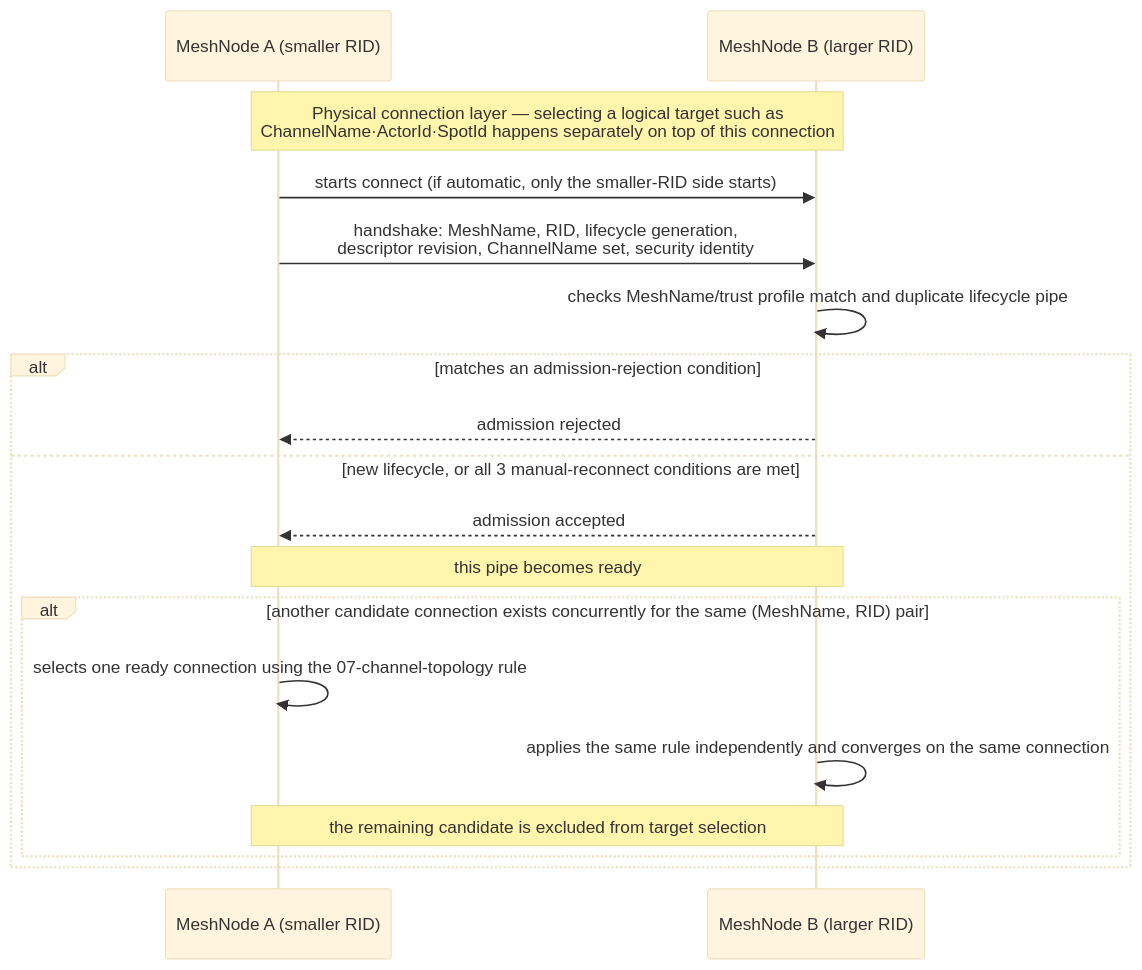
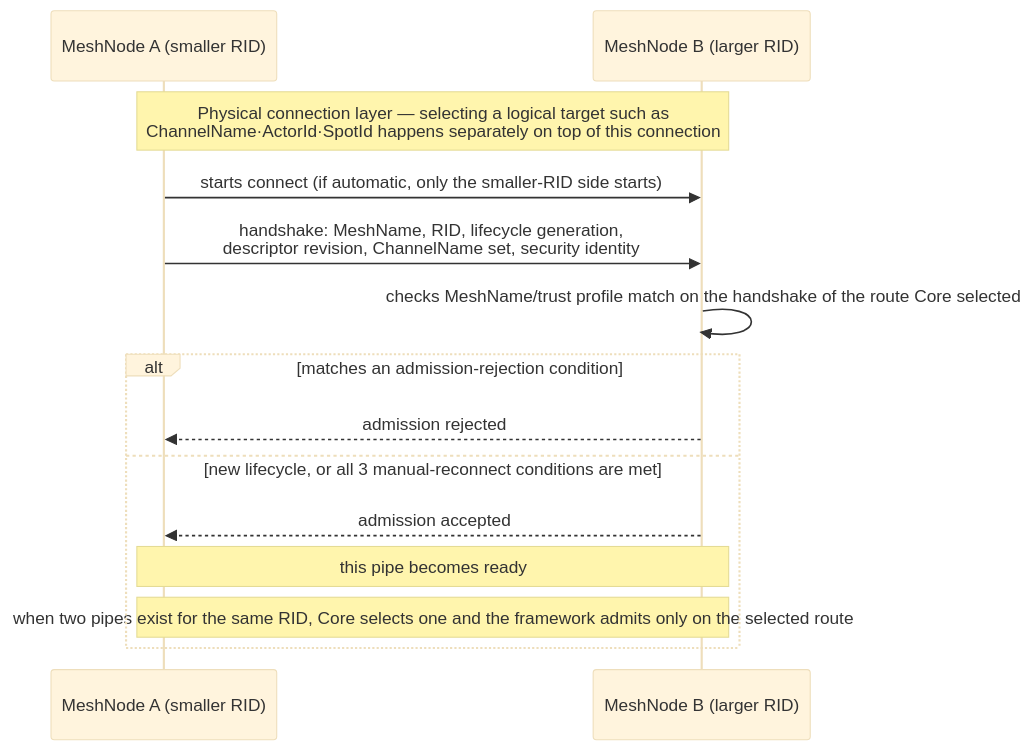
The diagram in framework/doc/framework/common/spec/server/03-spot-actor/03-mesh-node.en.md (zlink-systems/zlink), drawn with Mermaid (base theme) before and after one commit. The commit also changed other lines of this file and 27 other files, not shown here.

````diff
--- a/framework/doc/framework/common/spec/server/03-spot-actor/03-mesh-node.en.md
+++ b/framework/doc/framework/common/spec/server/03-spot-actor/03-mesh-node.en.md
@@ -385,21 +385,17 @@
 ```mermaid
 sequenceDiagram
     participant A as MeshNode A (smaller RID)
     participant B as MeshNode B (larger RID)
 
     Note over A,B: Physical connection layer — selecting a logical target such as<br/>ChannelName·ActorId·SpotId happens separately on top of this connection
     A->>B: starts connect (if automatic, only the smaller-RID side starts)
     A->>B: handshake: MeshName, RID, lifecycle generation,<br/>descriptor revision, ChannelName set, security identity
-    B->>B: checks MeshName/trust profile match and duplicate lifecycle pipe
+    B->>B: checks MeshName/trust profile match on the handshake of the route Core selected
     alt matches an admission-rejection condition
         B-->>A: admission rejected
     else new lifecycle, or all 3 manual-reconnect conditions are met
         B-->>A: admission accepted
         Note over A,B: this pipe becomes ready
-        alt another candidate connection exists concurrently for the same (MeshName, RID) pair
-            A->>A: selects one ready connection using the 07-channel-topology rule
-            B->>B: applies the same rule independently and converges on the same connection
-            Note over A,B: the remaining candidate is excluded from target selection
-        end
+        Note over A,B: when two pipes exist for the same RID, Core selects one and the framework admits only on the selected route
     end
 ```
````
